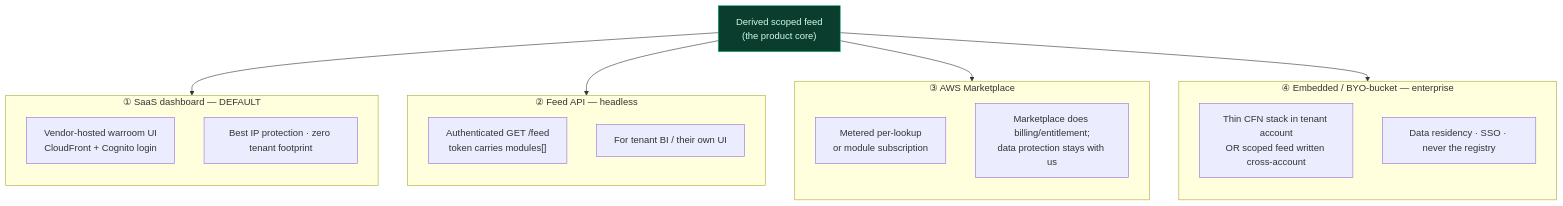
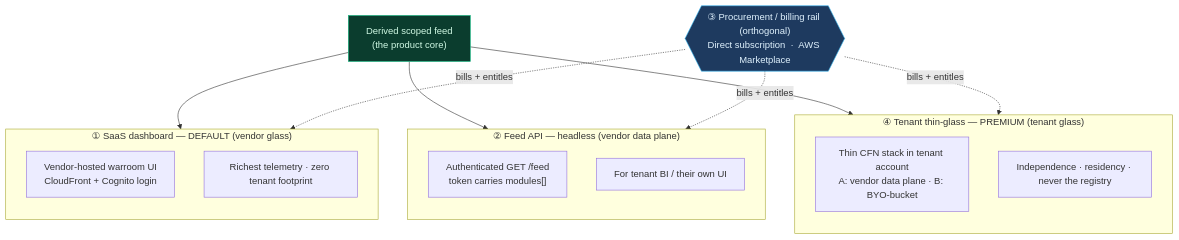
The second of 12 diagrams in docs/2026-08-19-distribution-model.md (marcioyoshida/Signals-Competitor-Intelligence), drawn with Mermaid before and after one commit. The commit also changed other lines of this file, not shown here.

````diff
--- a/docs/2026-08-19-distribution-model.md
+++ b/docs/2026-08-19-distribution-model.md
@@ -73,33 +77,34 @@
 ```mermaid
 flowchart TB
   CORE["Derived scoped feed<br/>(the product core)"]
 
   CORE --> C1
   CORE --> C2
-  CORE --> C3
   CORE --> C4
 
-  subgraph C1["① SaaS dashboard — DEFAULT"]
+  subgraph C1["① SaaS dashboard — DEFAULT (vendor glass)"]
     direction TB
     C1a["Vendor-hosted warroom UI<br/>CloudFront + Cognito login"]
-    C1b["Best IP protection · zero tenant footprint"]
+    C1b["Richest telemetry · zero tenant footprint"]
   end
-  subgraph C2["② Feed API — headless"]
+  subgraph C2["② Feed API — headless (vendor data plane)"]
     direction TB
     C2a["Authenticated GET /feed<br/>token carries modules[]"]
     C2b["For tenant BI / their own UI"]
   end
-  subgraph C3["③ AWS Marketplace"]
+  subgraph C4["④ Tenant thin-glass — PREMIUM (tenant glass)"]
     direction TB
-    C3a["Metered per-lookup<br/>or module subscription"]
-    C3b["Marketplace does billing/entitlement;<br/>data protection stays with us"]
-  end
-  subgraph C4["④ Embedded / BYO-bucket — enterprise"]
-    direction TB
-    C4a["Thin CFN stack in tenant account<br/>OR scoped feed written cross-account"]
-    C4b["Data residency · SSO · never the registry"]
+    C4a["Thin CFN stack in tenant account<br/>A: vendor data plane · B: BYO-bucket"]
+    C4b["Independence · residency · never the registry"]
   end
 
+  RAIL{{"③ Procurement / billing rail (orthogonal)<br/>Direct subscription  ·  AWS Marketplace"}}
+  RAIL -. bills + entitles .-> C1
+  RAIL -. bills + entitles .-> C2
+  RAIL -. bills + entitles .-> C4
+
   classDef core fill:#0b3d2e,stroke:#10b981,color:#d1fae5;
+  classDef rail fill:#1e3a5f,stroke:#38bdf8,color:#e0f2fe;
   class CORE core;
+  class RAIL rail;
 ```
````
